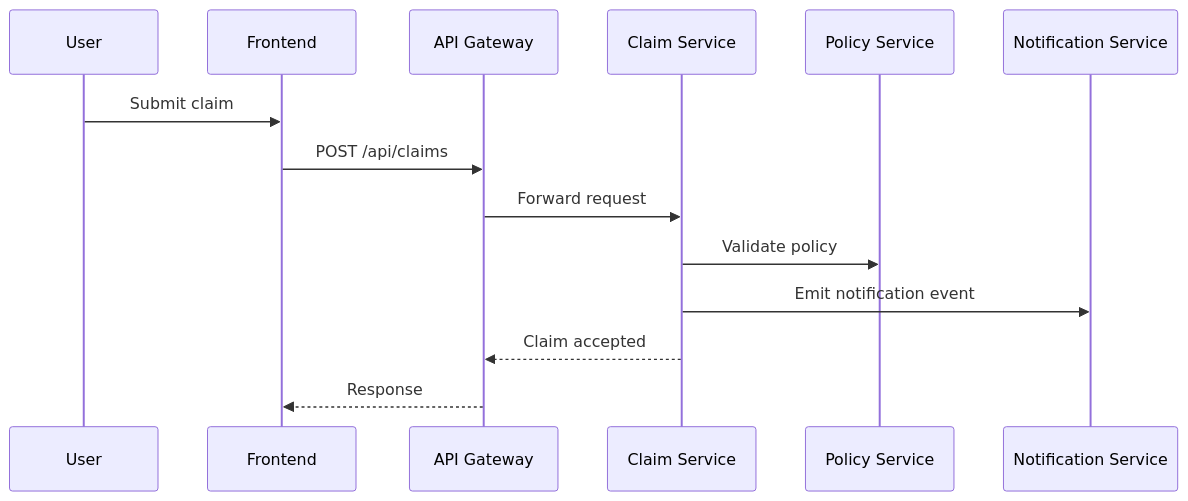
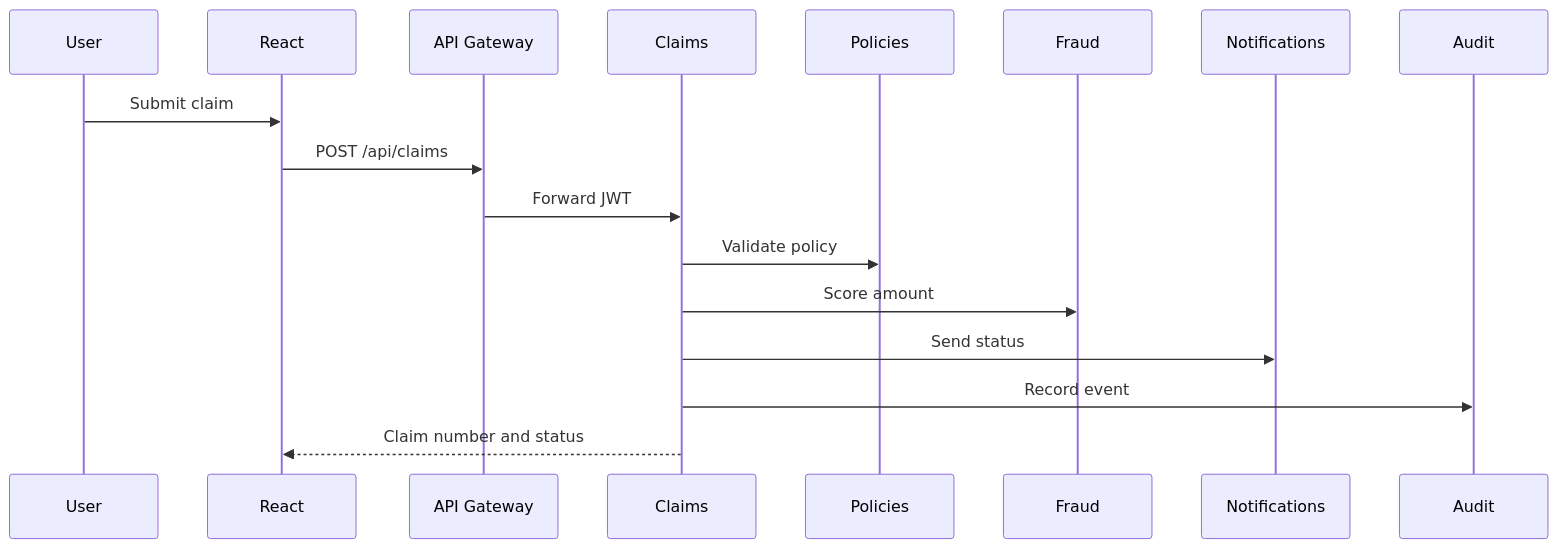
One commit to new-world-coder/claim-center changed the diagram in docs/sequence-claim-submission.md. Above: the diagram before and after it, drawn with Mermaid. The commit also changed other lines of this file and 203 other files, not shown here.

````diff
--- a/docs/sequence-claim-submission.md
+++ b/docs/sequence-claim-submission.md
@@ -3,16 +3,19 @@
 ```mermaid
 sequenceDiagram
-participant U as User
-participant FE as Frontend
-participant GW as API Gateway
-participant CS as Claim Service
-participant PS as Policy Service
-participant NS as Notification Service
-U->>FE: Submit claim
-FE->>GW: POST /api/claims
-GW->>CS: Forward request
-CS->>PS: Validate policy
-CS->>NS: Emit notification event
-CS-->>GW: Claim accepted
-GW-->>FE: Response
+  participant User
+  participant UI as React
+  participant GW as API Gateway
+  participant Claims
+  participant Policies
+  participant Fraud
+  participant Notify as Notifications
+  participant Audit
+  User->>UI: Submit claim
+  UI->>GW: POST /api/claims
+  GW->>Claims: Forward JWT
+  Claims->>Policies: Validate policy
+  Claims->>Fraud: Score amount
+  Claims->>Notify: Send status
+  Claims->>Audit: Record event
+  Claims-->>UI: Claim number and status
 ```
````
